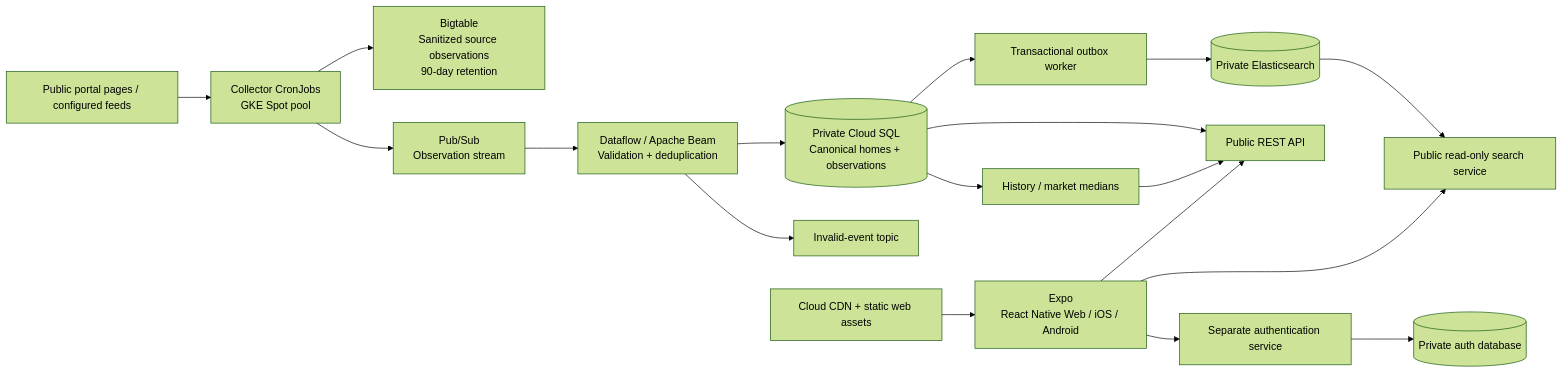
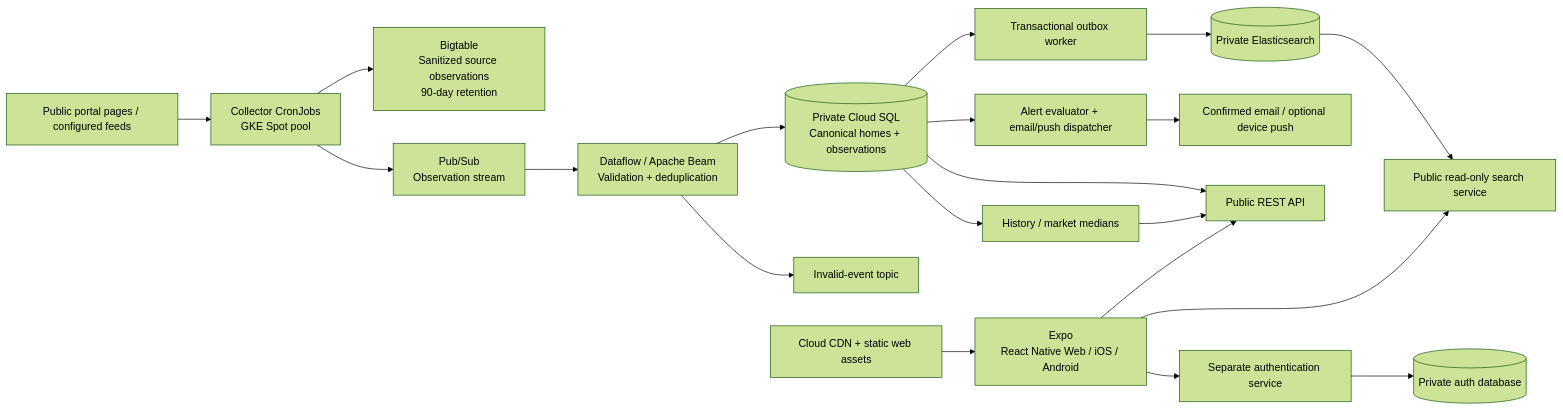
The diagram in docs/architecture.md (alex-noel/realtoruch), drawn with Mermaid (forest theme) before and after one commit. The commit also changed other lines of this file and 66 other files, not shown here.

````diff
--- a/docs/architecture.md
+++ b/docs/architecture.md
@@ -5,20 +5,22 @@
 ```mermaid
 flowchart LR
   feeds[Public portal pages / configured feeds] --> jobs[Collector CronJobs\nGKE Spot pool]
   jobs --> raw[Bigtable\nSanitized source observations\n90-day retention]
   jobs --> pub[Pub/Sub\nObservation stream]
   pub --> beam[Dataflow / Apache Beam\nValidation + deduplication]
   beam --> sql[(Private Cloud SQL\nCanonical homes + observations)]
   beam --> dlq[Invalid-event topic]
   sql --> outbox[Transactional outbox worker]
   outbox --> es[(Private Elasticsearch)]
   es --> search[Public read-only search service]
+  sql --> alerts[Alert evaluator + email/push dispatcher]
+  alerts --> mailbox[Confirmed email / optional device push]
   sql --> api[Public REST API]
   sql --> history[History / market medians]
   history --> api
   auth[Separate authentication service] --> authdb[(Private auth database)]
   cdn[Cloud CDN + static web assets] --> clients[Expo\nReact Native Web / iOS / Android]
   clients --> api
   clients --> search
   clients --> auth
 ```
````
